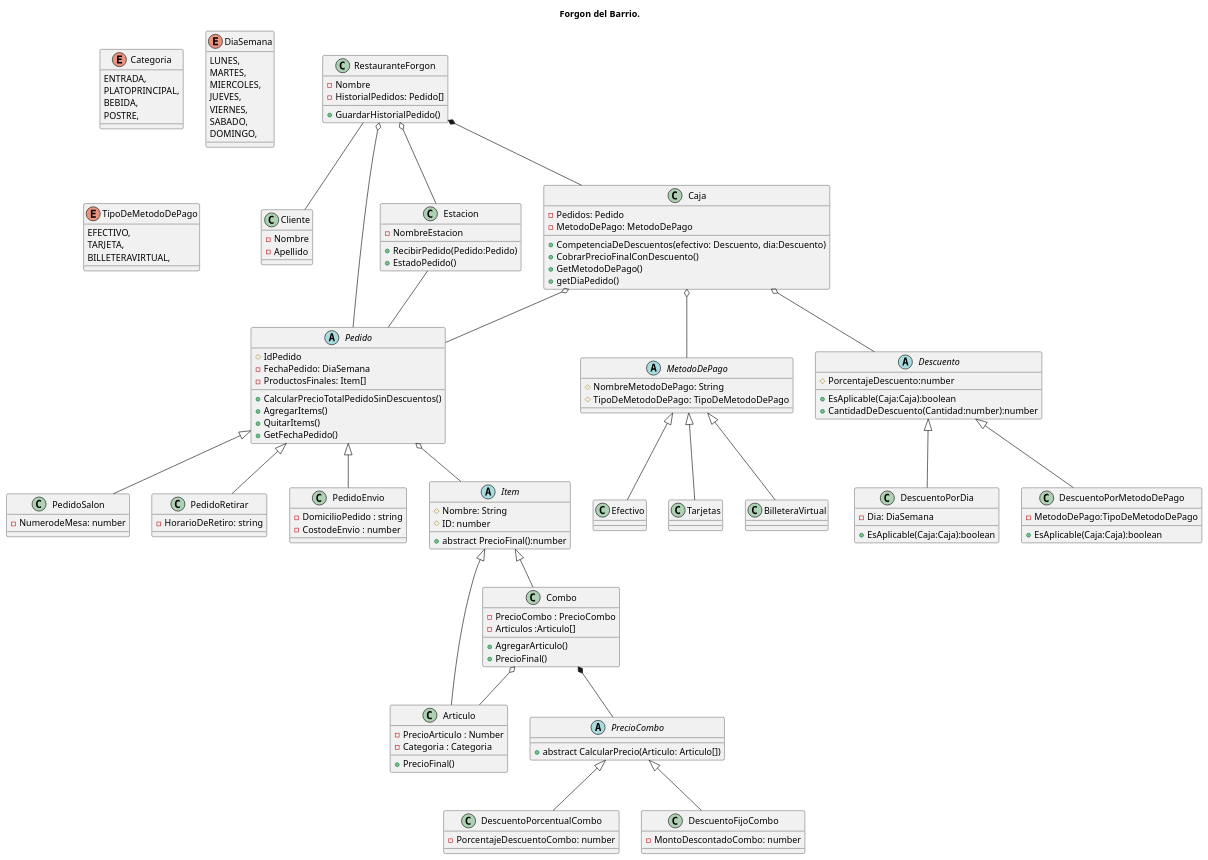
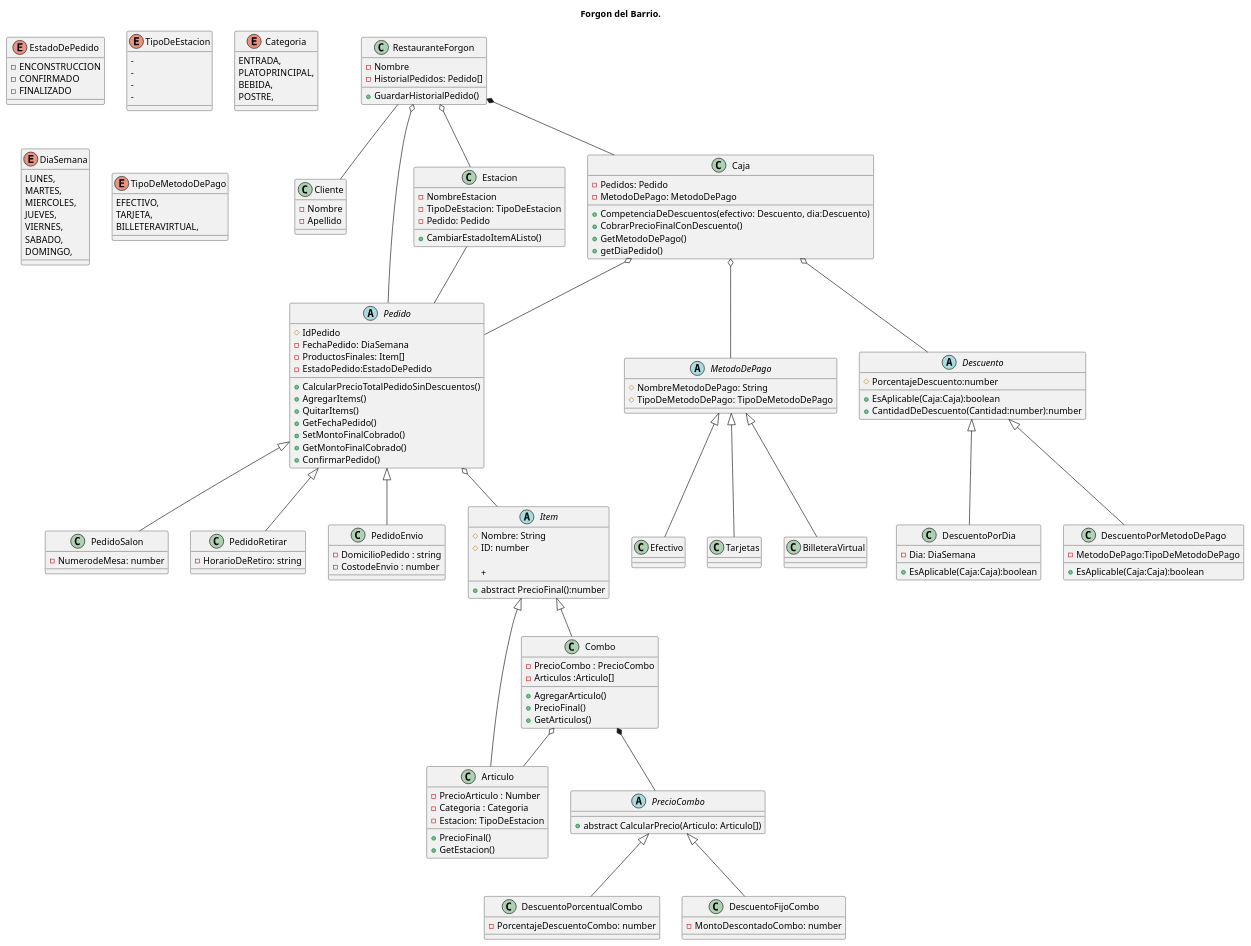
The diagram in Diagrama del TP/Restaurante.puml (biglierilaram/Trabajo_Practico_Prog2), drawn with PlantUML before and after one commit.

Commit message:
Diagrama

```diff
--- a/Diagrama del TP/Restaurante.puml
+++ b/Diagrama del TP/Restaurante.puml
@@ -20,15 +20,25 @@
 
 '//////////////////////////////////////////////////////////////////////////////////////////////////////////////////////////////////
 
+enum EstadoDePedido{
+    -ENCONSTRUCCION
+    -CONFIRMADO
+    -FINALIZADO
+}
+
 abstract class Pedido{
 #IdPedido
 -FechaPedido: DiaSemana
 -ProductosFinales: Item[]
+-EstadoPedido:EstadoDePedido
 
 +CalcularPrecioTotalPedidoSinDescuentos()
 +AgregarItems()
 +QuitarItems()
 +GetFechaPedido()
++SetMontoFinalCobrado()
++GetMontoFinalCobrado()
++ConfirmarPedido()
 
 }
 
@@ -36,6 +46,7 @@
 
 class PedidoSalon{
 -NumerodeMesa: number
+
 }
 
 
@@ -58,14 +69,21 @@
 
 
 '//////////////////////////////////////////////////////////////////////////////////////////////////////////////////////////////////
-' duda: seria estadoPedido o podria ser EstadoItem (si es que quedo como los platos individuales), Pedido no seria ya el plato completo armado
-' y el estado lo tendria q tener cada item por separado? 
+enum TipoDeEstacion{
+    -
+    -
+    -
+    -
+}
+
 class Estacion{
 
 -NombreEstacion
+-TipoDeEstacion: TipoDeEstacion
+-Pedido: Pedido
 
-+RecibirPedido(Pedido:Pedido)
-+EstadoPedido()
+
++CambiarEstadoItemAListo()
 
 }
 
@@ -81,6 +99,7 @@
 'this.ID = ID}
 
 +abstract PrecioFinal():number
++
 }
 
 
@@ -93,10 +112,11 @@
 }
 
 
-
+'FALTARIA ESTADO DE ARTICULO PARA QUE LA ESTACION VAYA CAMBIANDOLO DESPUES
 class Articulo{
 -PrecioArticulo : Number
 -Categoria : Categoria
+-Estacion: TipoDeEstacion
 'A CHECKEAR
 'constructor(PrecioArticulo:PrecioArticulo, Categoria: Categoria){
 '    super(Nombre,ID);
@@ -104,7 +124,7 @@
 '    this.Categoria = Categoria}
 
 +PrecioFinal()
-'return this.PrecioArticulo
++GetEstacion()
 }
 
 'const Hamburguesita = new Articulo("Hamburguesa",12,9000,Categoria.PLATOPRINCIPAL);
@@ -124,7 +144,7 @@
 +AgregarArticulo()
 'this.Articulos.push(articulo);
 +PrecioFinal()
-'No tan claro como funciona este metodo en Combos
++GetArticulos()
 }
 
 
```
